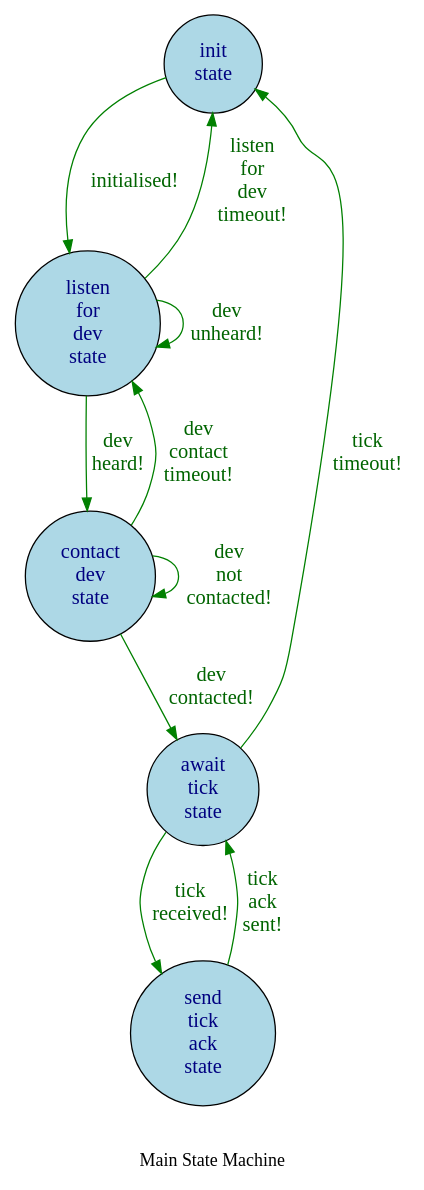
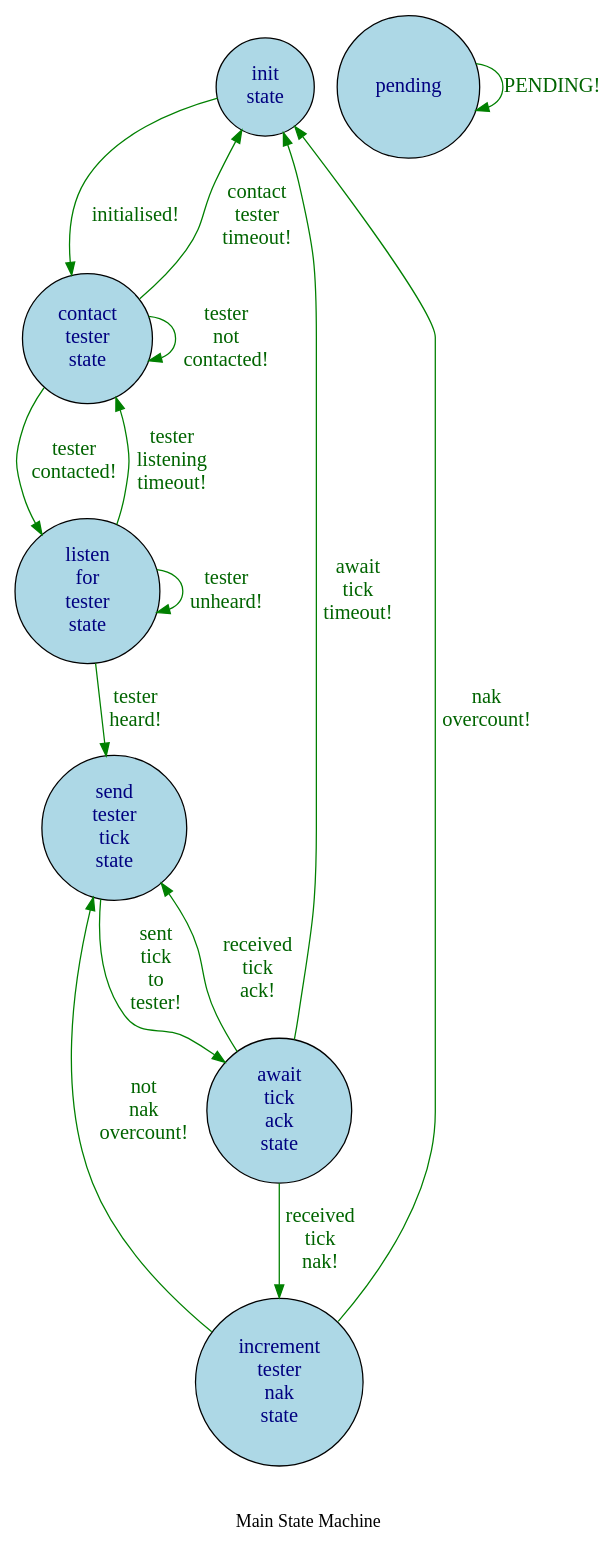
Before and after one commit to mjago/sprockets: the diagram in lib/temp_tertiary_state_machine.dot, drawn with Graphviz. The commit also changed 10 other files, not shown here.

Commit message:
added await_tick_timeout to dev

```diff
--- a/lib/temp_tertiary_state_machine.dot
+++ b/lib/temp_tertiary_state_machine.dot
@@ -1,25 +1,33 @@
 digraph draw_state_machine {
   graph [bgcolor = white, label = "\n\nMain State Machine", rankdir = "UD"];
   edge [color = green, fontcolor = darkgreen, fontname = "verdana", fontsize = "16", url = "http://google.com"];
   node [color = black, fillcolor = lightblue, fontcolor = navyblue, fontname = "verdana", fontsize = "16", shape = circle, style = filled, url = "http://google.com"];
   init_state [label = "init\nstate"];
-  init_state -> listen_for_dev_state [label = "initialised!"];
-  listen_for_dev_state [label = "listen\nfor\ndev\nstate"];
-  listen_for_dev_state -> listen_for_dev_state [label = "dev\nunheard!"];
-  listen_for_dev_state [label = "listen\nfor\ndev\nstate"];
-  listen_for_dev_state -> contact_dev_state [label = "dev\nheard!"];
-  listen_for_dev_state [label = "listen\nfor\ndev\nstate"];
-  listen_for_dev_state -> init_state [label = "listen\nfor\ndev\ntimeout!"];
-  contact_dev_state [label = "contact\ndev\nstate"];
-  contact_dev_state -> contact_dev_state [label = "dev\nnot\ncontacted!"];
-  contact_dev_state [label = "contact\ndev\nstate"];
-  contact_dev_state -> await_tick_state [label = "dev\ncontacted!"];
-  contact_dev_state [label = "contact\ndev\nstate"];
-  contact_dev_state -> listen_for_dev_state [label = "dev\ncontact\ntimeout!"];
-  await_tick_state [label = "await\ntick\nstate"];
-  await_tick_state -> send_tick_ack_state [label = "tick\nreceived!"];
-  await_tick_state [label = "await\ntick\nstate"];
-  await_tick_state -> init_state [label = "tick\ntimeout!"];
-  send_tick_ack_state [label = "send\ntick\nack\nstate"];
-  send_tick_ack_state -> await_tick_state [label = "tick\nack\nsent!"];
+  init_state -> contact_tester_state [label = "initialised!"];
+  contact_tester_state [label = "contact\ntester\nstate"];
+  contact_tester_state -> contact_tester_state [label = "tester\nnot\ncontacted!"];
+  contact_tester_state [label = "contact\ntester\nstate"];
+  contact_tester_state -> listen_for_tester_state [label = "tester\ncontacted!"];
+  contact_tester_state [label = "contact\ntester\nstate"];
+  contact_tester_state -> init_state [label = "contact\ntester\ntimeout!"];
+  listen_for_tester_state [label = "listen\nfor\ntester\nstate"];
+  listen_for_tester_state -> listen_for_tester_state [label = "tester\nunheard!"];
+  listen_for_tester_state [label = "listen\nfor\ntester\nstate"];
+  listen_for_tester_state -> send_tester_tick_state [label = "tester\nheard!"];
+  listen_for_tester_state [label = "listen\nfor\ntester\nstate"];
+  listen_for_tester_state -> contact_tester_state [label = "tester\nlistening\ntimeout!"];
+  send_tester_tick_state [label = "send\ntester\ntick\nstate"];
+  send_tester_tick_state -> await_tick_ack_state [label = "sent\ntick\nto\ntester!"];
+  await_tick_ack_state [label = "await\ntick\nack\nstate"];
+  await_tick_ack_state -> send_tester_tick_state [label = "received\ntick\nack!"];
+  await_tick_ack_state [label = "await\ntick\nack\nstate"];
+  await_tick_ack_state -> increment_tester_nak_state [label = "received\ntick\nnak!"];
+  await_tick_ack_state [label = "await\ntick\nack\nstate"];
+  await_tick_ack_state -> init_state [label = "await\ntick\ntimeout!"];
+  increment_tester_nak_state [label = "increment\ntester\nnak\nstate"];
+  increment_tester_nak_state -> init_state [label = "nak\novercount!"];
+  increment_tester_nak_state [label = "increment\ntester\nnak\nstate"];
+  increment_tester_nak_state -> send_tester_tick_state [label = "not\nnak\novercount!"];
+  pending [label = "pending"];
+  pending -> pending [label = "PENDING!"];
 }
```
